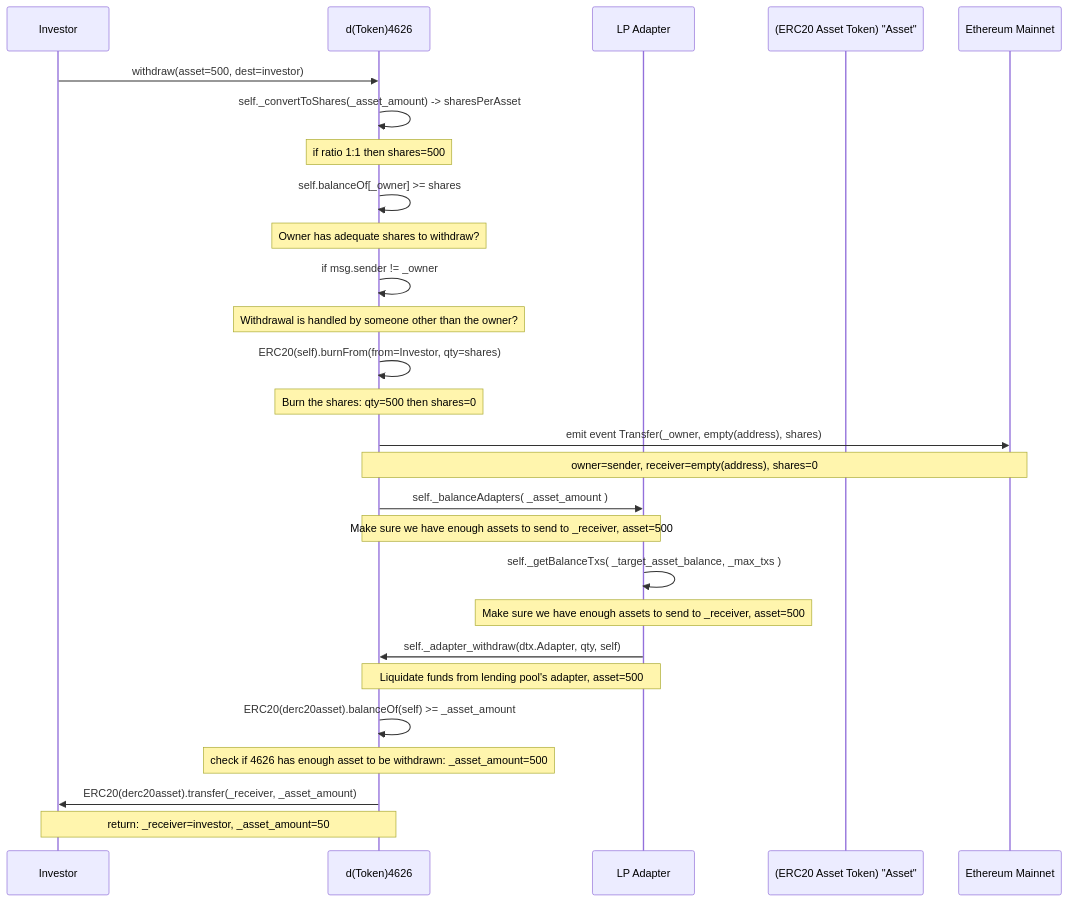
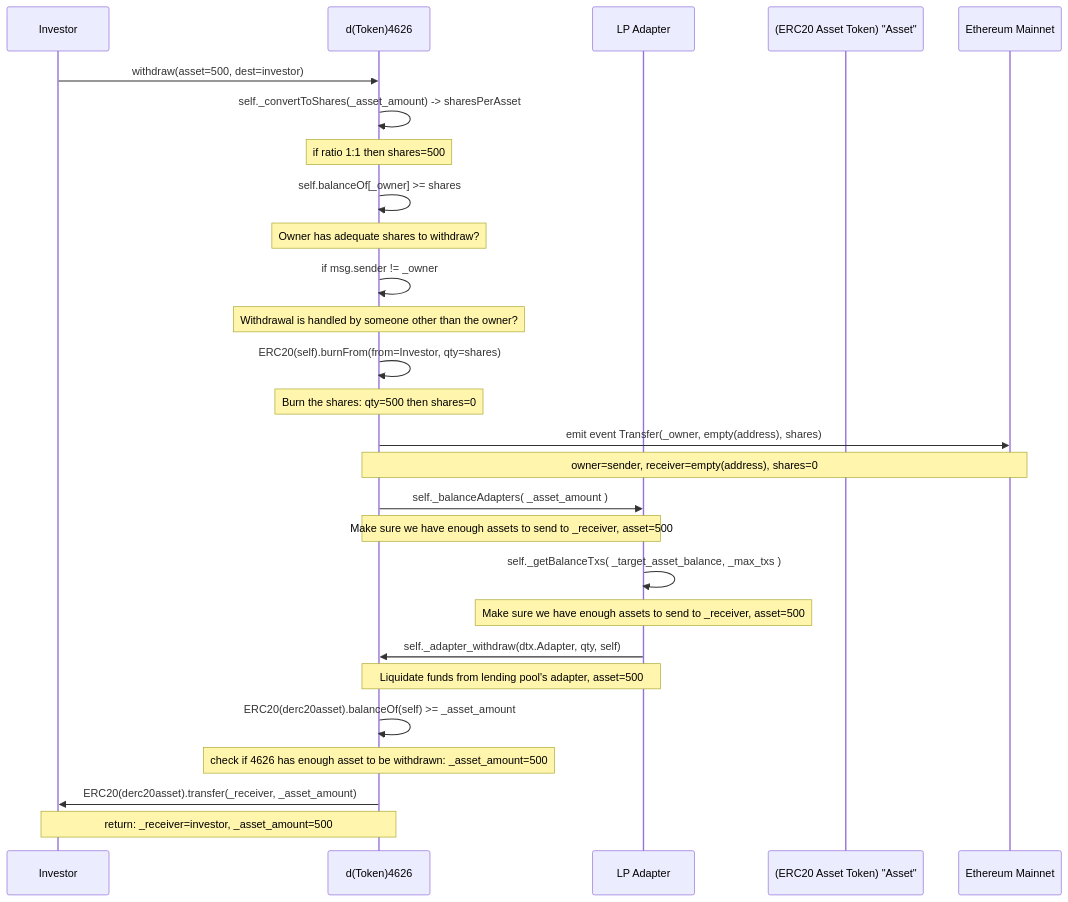
One commit to DynamoFinance/vault changed the third of 3 diagrams in docs/Dynamo4626.md. Above: the diagram before and after it, drawn with Mermaid.

````diff
--- a/docs/Dynamo4626.md
+++ b/docs/Dynamo4626.md
@@ -151,40 +151,40 @@
 ```mermaid
 sequenceDiagram
     participant i as Investor
     participant d as d(Token)4626
     participant lp as LP Adapter
     participant erc20 as (ERC20 Asset Token) "Asset"
     participant eth as Ethereum Mainnet
 
     i->>d: withdraw(asset=500, dest=investor)
 
     d->>d: self._convertToShares(_asset_amount) -> sharesPerAsset
     note over d: if ratio 1:1 then shares=500
     
     d->>d: self.balanceOf[_owner] >= shares
     note over d: Owner has adequate shares to withdraw?
     
     d->>d: if msg.sender != _owner
     note over d: Withdrawal is handled by someone other than the owner?
     
     d->>d: ERC20(self).burnFrom(from=Investor, qty=shares)
     note over d: Burn the shares: qty=500 then shares=0
     
     d->>eth: emit event Transfer(_owner, empty(address), shares)
     note over d, eth: owner=sender, receiver=empty(address), shares=0
     
     d->>lp: self._balanceAdapters( _asset_amount )
     note over d, lp: Make sure we have enough assets to send to _receiver, asset=500
     
     lp->>lp: self._getBalanceTxs( _target_asset_balance, _max_txs )
     note over lp: Make sure we have enough assets to send to _receiver, asset=500
     
     lp->>d: self._adapter_withdraw(dtx.Adapter, qty, self)
     note over lp, d: Liquidate funds from lending pool's adapter, asset=500
     
     d->>d: ERC20(derc20asset).balanceOf(self) >= _asset_amount
     note over d: check if 4626 has enough asset to be withdrawn: _asset_amount=500 
     
     d->>i: ERC20(derc20asset).transfer(_receiver, _asset_amount)
-    note over d, i: return: _receiver=investor, _asset_amount=50
+    note over d, i: return: _receiver=investor, _asset_amount=500
 ```
````
